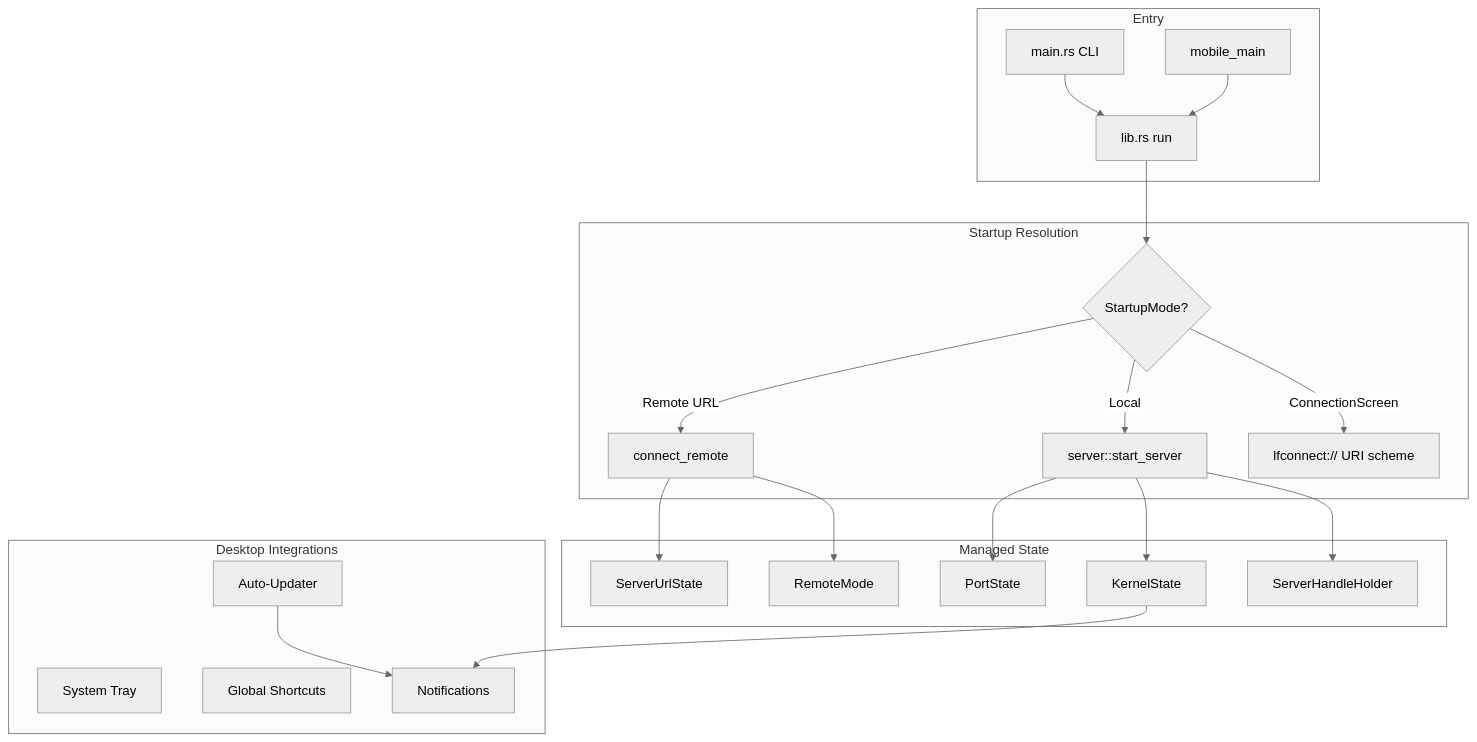
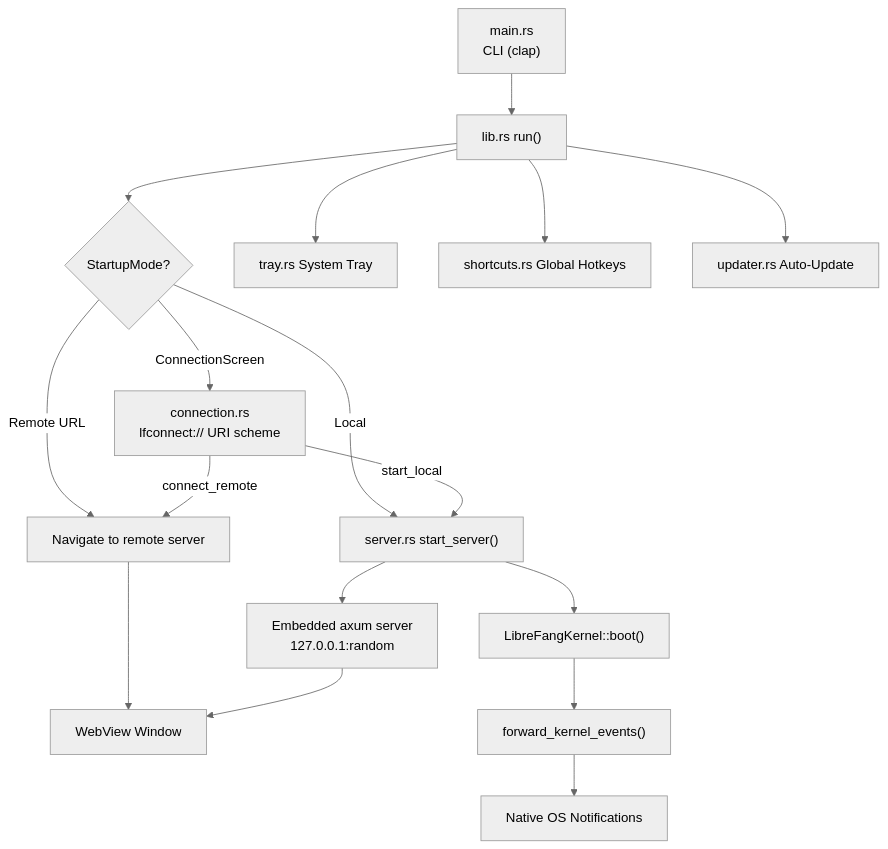
One commit to leszek3737/librefang-WIki changed the diagram in desktop-application.md. Above: the diagram before and after it, drawn with Mermaid (neutral theme). The commit also changed other lines of this file and 122 other files, not shown here.

````diff
--- a/desktop-application.md
+++ b/desktop-application.md
@@ -9,33 +9,19 @@
 ```mermaid
 graph TD
-    subgraph Entry
-        A[main.rs CLI] --> B[lib.rs run]
-        M[mobile_main] --> B
-    end
-    subgraph "Startup Resolution"
-        B --> C{StartupMode?}
-        C -->|Remote URL| D[connect_remote]
-        C -->|Local| E[server::start_server]
-        C -->|ConnectionScreen| F[lfconnect:// URI scheme]
-    end
-    subgraph "Managed State"
-        G[PortState]
-        H[KernelState]
-        I[ServerUrlState]
-        J[RemoteMode]
-        K[ServerHandleHolder]
-    end
-    subgraph "Desktop Integrations"
-        L[System Tray]
-        N[Global Shortcuts]
-        O[Auto-Updater]
-        P[Notifications]
-    end
-    E --> G
-    E --> H
-    E --> K
-    D --> I
-    D --> J
-    H --> P
-    O --> P
+    CLI["main.rs<br/>CLI (clap)"] --> RUN["lib.rs run()"]
+    RUN --> MODE{StartupMode?}
+    MODE -->|Remote URL| NAV["Navigate to remote server"]
+    MODE -->|Local| SRV["server.rs start_server()"]
+    MODE -->|ConnectionScreen| CONN["connection.rs<br/>lfconnect:// URI scheme"]
+    CONN -->|connect_remote| NAV
+    CONN -->|start_local| SRV
+    SRV --> KERNEL["LibreFangKernel::boot()"]
+    SRV --> AXUM["Embedded axum server<br/>127.0.0.1:random"]
+    NAV --> WEBVIEW["WebView Window"]
+    AXUM --> WEBVIEW
+    RUN --> TRAY["tray.rs System Tray"]
+    RUN --> SHORTCUTS["shortcuts.rs Global Hotkeys"]
+    RUN --> UPDATER["updater.rs Auto-Update"]
+    KERNEL --> EVENTS["forward_kernel_events()"]
+    EVENTS --> NOTIFS["Native OS Notifications"]
 ```
````
